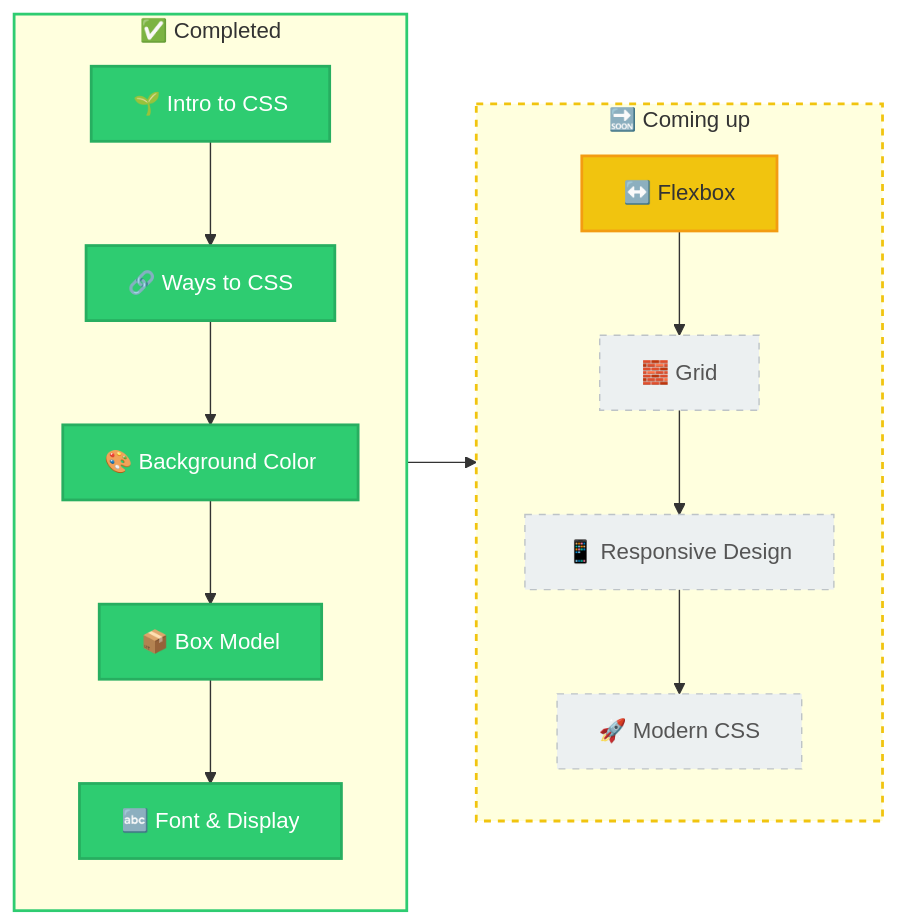
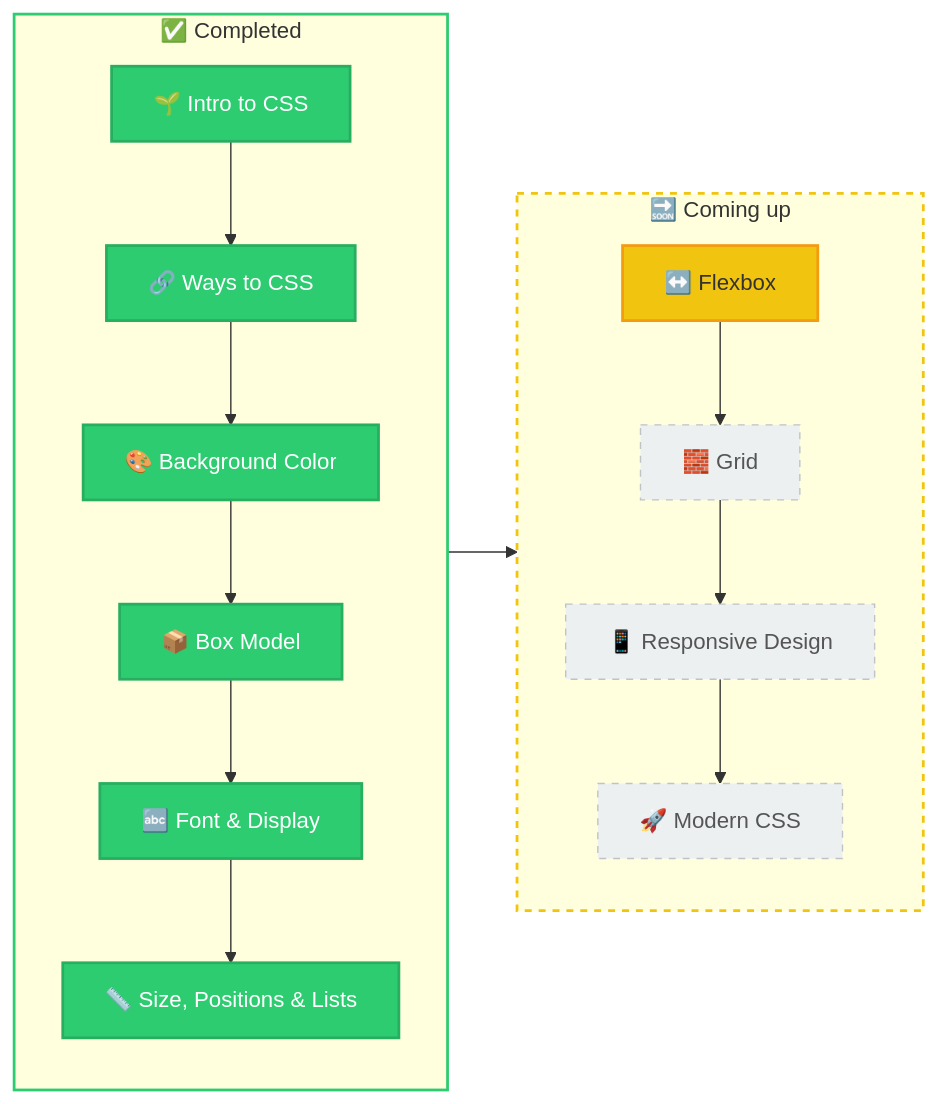
One commit to vinayakmishra4/Learning-CSS changed the diagram in Readme.md. Above: the diagram before and after it, drawn with Mermaid. The commit also changed other lines of this file, not shown here.

````diff
--- a/Readme.md
+++ b/Readme.md
@@ -31,21 +31,21 @@
 ```mermaid
 flowchart LR
     subgraph DONE["✅ Completed"]
         direction TB
-        A["🌱 Intro to CSS"] --> B["🔗 Ways to CSS"] --> C["🎨 Background Color"] --> D["📦 Box Model"] --> E["🔤 Font & Display"]
+        A["🌱 Intro to CSS"] --> B["🔗 Ways to CSS"] --> C["🎨 Background Color"] --> D["📦 Box Model"] --> E["🔤 Font & Display"] --> F["📏 Size, Positions & Lists"]
     end
     subgraph NEXT["🔜 Coming up"]
         direction TB
-        F["↔️ Flexbox"] --> G["🧱 Grid"] --> H["📱 Responsive Design"] --> I["🚀 Modern CSS"]
+        G["↔️ Flexbox"] --> H["🧱 Grid"] --> I["📱 Responsive Design"] --> J["🚀 Modern CSS"]
     end
     DONE --> NEXT
 
     classDef done fill:#2ecc71,stroke:#27ae60,color:#ffffff,stroke-width:2px
     classDef next fill:#f1c40f,stroke:#f39c12,color:#333333,stroke-width:2px
     classDef todo fill:#ecf0f1,stroke:#bdc3c7,color:#555555,stroke-dasharray:5 5
-    class A,B,C,D,E done
-    class F next
-    class G,H,I todo
+    class A,B,C,D,E,F done
+    class G next
+    class H,I,J todo
     style DONE stroke:#2ecc71,stroke-width:2px
     style NEXT stroke:#f1c40f,stroke-width:2px,stroke-dasharray:5 5
 ```
````
